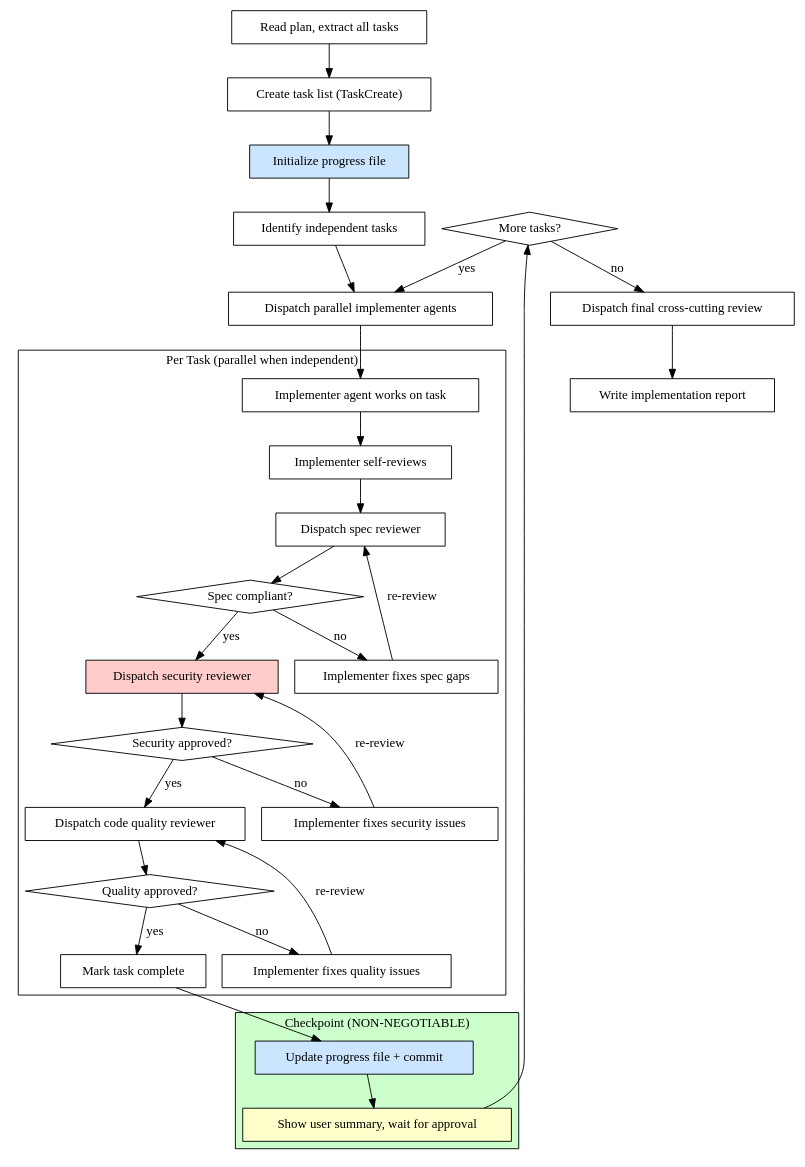
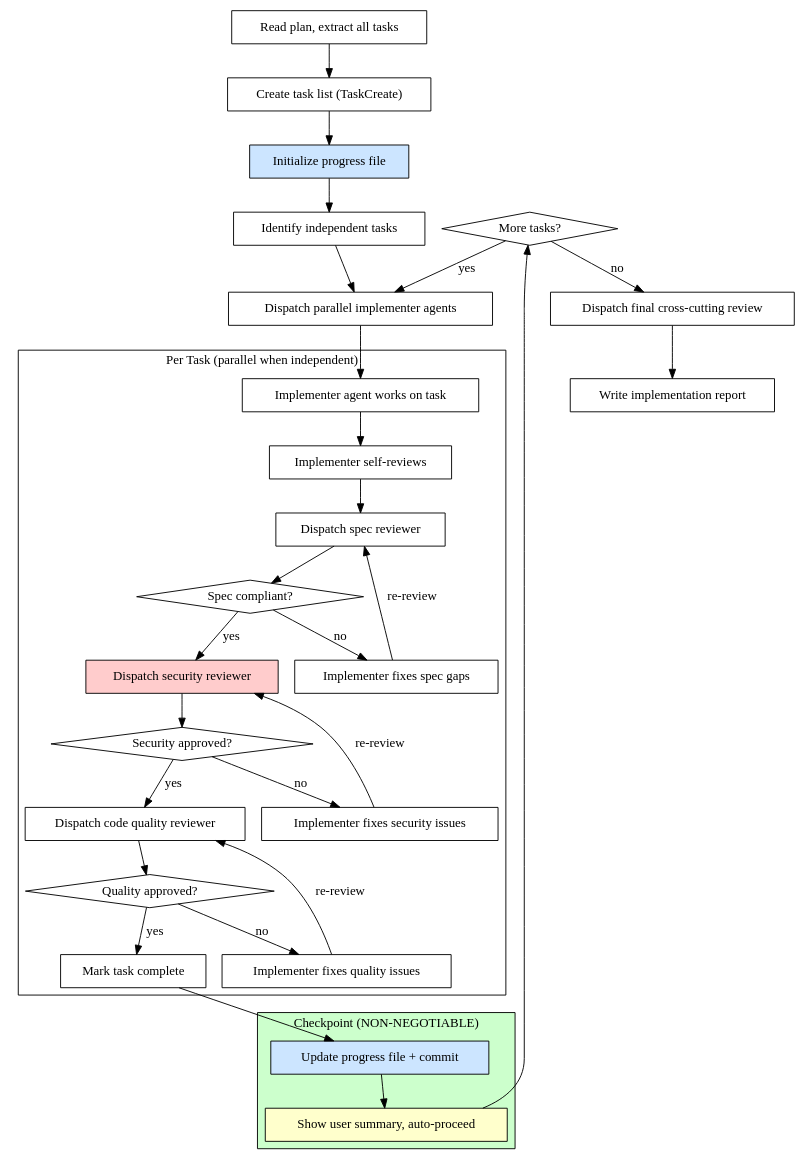
One commit to khanhnq1406/wealth-journey changed the second of 3 diagrams in .claude/skills/secure-feature-pipeline/SKILL.md. Above: the diagram before and after it, drawn with Graphviz. The commit also changed other lines of this file, not shown here.

First line of the commit message:
chore(skill): update secure-feature-pipeline to auto-proceed between tasks

````diff
--- a/.claude/skills/secure-feature-pipeline/SKILL.md
+++ b/.claude/skills/secure-feature-pipeline/SKILL.md
@@ -483,65 +483,65 @@
 ```dot
 digraph implement {
     rankdir=TB;
 
     "Read plan, extract all tasks" [shape=box];
     "Create task list (TaskCreate)" [shape=box];
     "Initialize progress file" [shape=box style=filled fillcolor="#cce5ff"];
     "Identify independent tasks" [shape=box];
     "Dispatch parallel implementer agents" [shape=box];
 
     subgraph cluster_per_task {
         label="Per Task (parallel when independent)";
         "Implementer agent works on task" [shape=box];
         "Implementer self-reviews" [shape=box];
         "Dispatch spec reviewer" [shape=box];
         "Spec compliant?" [shape=diamond];
         "Implementer fixes spec gaps" [shape=box];
         "Dispatch security reviewer" [shape=box style=filled fillcolor="#ffcccc"];
         "Security approved?" [shape=diamond];
         "Implementer fixes security issues" [shape=box];
         "Dispatch code quality reviewer" [shape=box];
         "Quality approved?" [shape=diamond];
         "Implementer fixes quality issues" [shape=box];
         "Mark task complete" [shape=box];
     }
 
     subgraph cluster_checkpoint {
         label="Checkpoint (NON-NEGOTIABLE)";
         style=filled;
         fillcolor="#ccffcc";
         "Update progress file + commit" [shape=box style=filled fillcolor="#cce5ff"];
-        "Show user summary, wait for approval" [shape=box style=filled fillcolor="#ffffcc"];
+        "Show user summary, auto-proceed" [shape=box style=filled fillcolor="#ffffcc"];
     }
 
     "More tasks?" [shape=diamond];
     "Dispatch final cross-cutting review" [shape=box];
     "Write implementation report" [shape=box];
 
     "Read plan, extract all tasks" -> "Create task list (TaskCreate)";
     "Create task list (TaskCreate)" -> "Initialize progress file";
     "Initialize progress file" -> "Identify independent tasks";
     "Identify independent tasks" -> "Dispatch parallel implementer agents";
     "Dispatch parallel implementer agents" -> "Implementer agent works on task";
     "Implementer agent works on task" -> "Implementer self-reviews";
     "Implementer self-reviews" -> "Dispatch spec reviewer";
     "Dispatch spec reviewer" -> "Spec compliant?";
     "Spec compliant?" -> "Implementer fixes spec gaps" [label="no"];
     "Implementer fixes spec gaps" -> "Dispatch spec reviewer" [label="re-review"];
     "Spec compliant?" -> "Dispatch security reviewer" [label="yes"];
     "Dispatch security reviewer" -> "Security approved?";
     "Security approved?" -> "Implementer fixes security issues" [label="no"];
     "Implementer fixes security issues" -> "Dispatch security reviewer" [label="re-review"];
     "Security approved?" -> "Dispatch code quality reviewer" [label="yes"];
     "Dispatch code quality reviewer" -> "Quality approved?";
     "Quality approved?" -> "Implementer fixes quality issues" [label="no"];
     "Implementer fixes quality issues" -> "Dispatch code quality reviewer" [label="re-review"];
     "Quality approved?" -> "Mark task complete" [label="yes"];
     "Mark task complete" -> "Update progress file + commit";
-    "Update progress file + commit" -> "Show user summary, wait for approval";
-    "Show user summary, wait for approval" -> "More tasks?";
+    "Update progress file + commit" -> "Show user summary, auto-proceed";
+    "Show user summary, auto-proceed" -> "More tasks?";
     "More tasks?" -> "Dispatch parallel implementer agents" [label="yes"];
     "More tasks?" -> "Dispatch final cross-cutting review" [label="no"];
     "Dispatch final cross-cutting review" -> "Write implementation report";
 }
 ```
````
